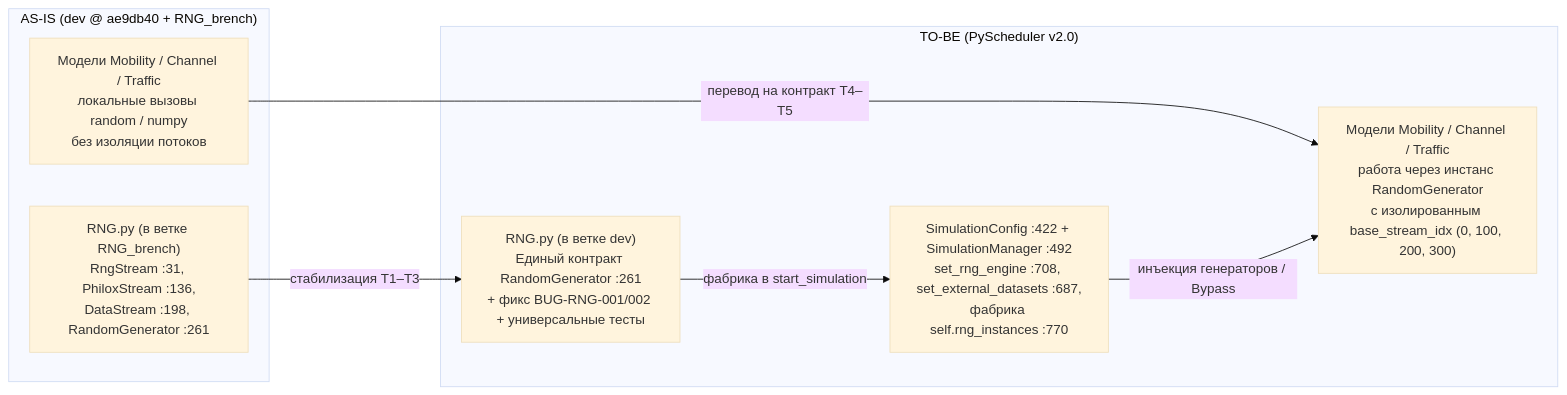
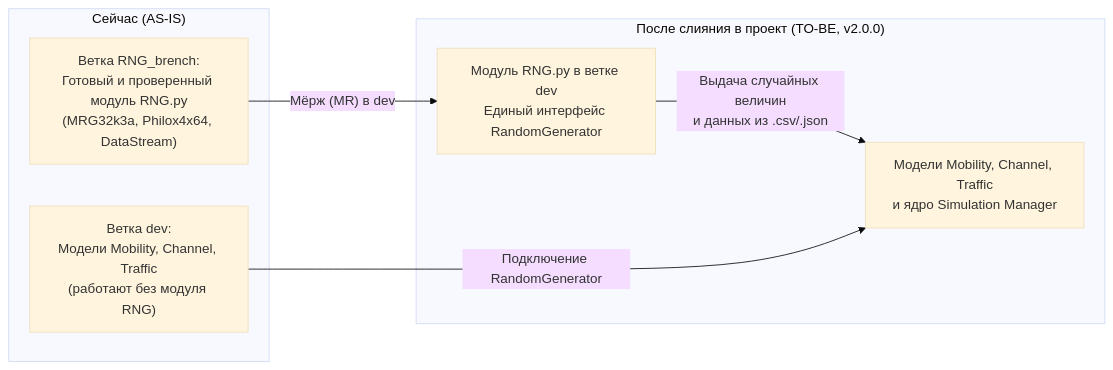
One commit to SilverPulse/RNG_doc changed the diagram in docs/specs/SPEC-FEAT-RNG-001.md. Above: the diagram before and after it, drawn with Mermaid (base theme). The commit also changed other lines of this file, not shown here.

````diff
--- a/docs/specs/SPEC-FEAT-RNG-001.md
+++ b/docs/specs/SPEC-FEAT-RNG-001.md
@@ -149,18 +53,16 @@
 ```mermaid
 flowchart LR
-    subgraph ASIS["AS-IS (dev @ ae9db40 + RNG_brench)"]
-        A["Модели Mobility / Channel / Traffic<br/>локальные вызовы random / numpy<br/>без изоляции потоков"]
-        B["RNG.py (в ветке RNG_brench)<br/>RngStream :31, PhiloxStream :136,<br/>DataStream :198, RandomGenerator :261"]
+    subgraph ASIS["Сейчас (AS-IS)"]
+        A["Ветка RNG_brench:\nГотовый и проверенный модуль RNG.py\n(MRG32k3a, Philox4x64, DataStream)"]
+        B["Ветка dev:\nМодели Mobility, Channel, Traffic\n(работают без модуля RNG)"]
     end
 
-    subgraph TOBE["TO-BE (PyScheduler v2.0)"]
-        C["RNG.py (в ветке dev)<br/>Единый контракт RandomGenerator :261<br/>+ фикс BUG-RNG-001/002 + универсальные тесты"]
-        D["SimulationConfig :422 + SimulationManager :492<br/>set_rng_engine :708, set_external_datasets :687,<br/>фабрика self.rng_instances :770"]
-        E["Модели Mobility / Channel / Traffic<br/>работа через инстанс RandomGenerator<br/>с изолированным base_stream_idx (0, 100, 200, 300)"]
+    subgraph TOBE["После слияния в проект (TO-BE, v2.0.0)"]
+        RNG["Модуль RNG.py в ветке dev\nЕдиный интерфейс RandomGenerator"]
+        MODS["Модели Mobility, Channel, Traffic\nи ядро Simulation Manager"]
+        RNG -->|"Выдача случайных величин\nи данных из .csv/.json"| MODS
     end
 
-    B -->|"стабилизация T1–T3"| C
-    C -->|"фабрика в start_simulation"| D
-    A -->|"перевод на контракт T4–T5"| E
-    D -->|"инъекция генераторов / Bypass"| E
+    A -->|"Мёрж (MR) в dev"| RNG
+    B -->|"Подключение RandomGenerator"| MODS
 ```
````
